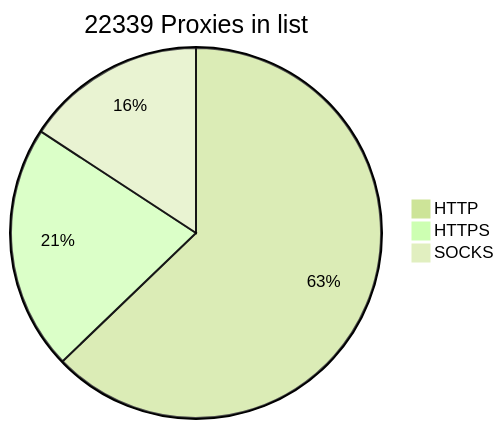
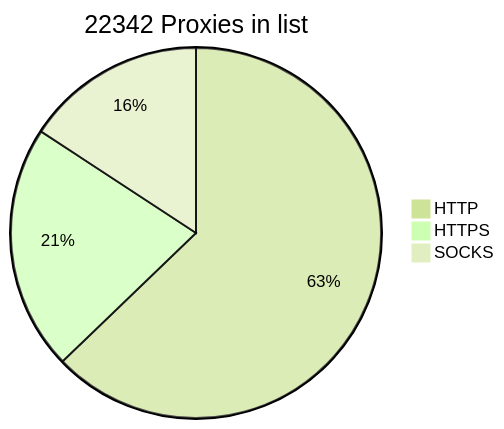
Before and after one commit to BlackSnowDot/proxylist-update-every-minute: the diagram in README.md, drawn with Mermaid (forest theme).

````diff
--- a/README.md
+++ b/README.md
@@ -2,6 +2,6 @@
 ```mermaid
-pie title 22339 Proxies in list
-    "HTTP" : 16061
-    "HTTPS": 5476
+pie title 22342 Proxies in list
+    "HTTP" : 16065
+    "HTTPS": 5481
     "SOCKS" : 4033
 ```
````
